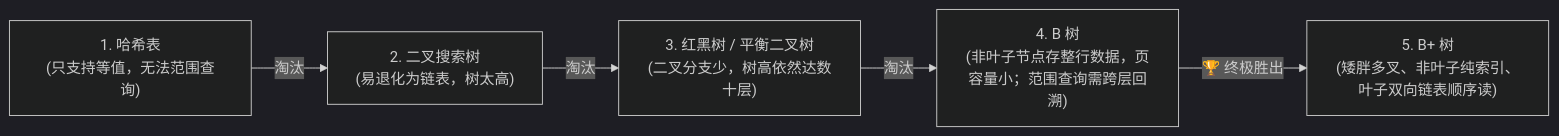
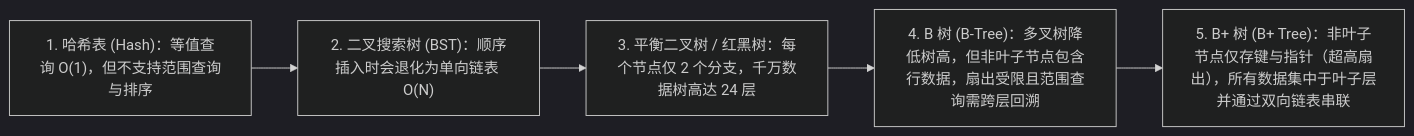
One commit to GuoWWWX/knowledge-base changed the second of 6 diagrams in 20-Java后端/05-数据库与存储/01-MySQL索引原理-B+树.md. Above: the diagram before and after it, drawn with Mermaid (dark theme). The commit also changed other lines of this file and 251 other files, not shown here.

````diff
--- a/20-Java后端/05-数据库与存储/01-MySQL索引原理-B+树.md
+++ b/20-Java后端/05-数据库与存储/01-MySQL索引原理-B+树.md
@@ -48,7 +48,7 @@
 ```mermaid
 flowchart LR
-    Hash["1. 哈希表<br/>(只支持等值，无法范围查询)"] -->|淘汰| BST["2. 二叉搜索树<br/>(易退化为链表，树太高)"]
-    BST -->|淘汰| AVL["3. 红黑树 / 平衡二叉树<br/>(二叉分支少，树高依然达数十层)"]
-    AVL -->|淘汰| BTree["4. B 树<br/>(非叶子节点存整行数据，页容量小；范围查询需跨层回溯)"]
-    BTree -->|🏆 终极胜出| BPlus["5. B+ 树<br/>(矮胖多叉、非叶子纯索引、叶子双向链表顺序读)"]
+    Hash["1. 哈希表 (Hash)：等值查询 O(1)，但不支持范围查询与排序"] --> BST["2. 二叉搜索树 (BST)：顺序插入时会退化为单向链表 O(N)"]
+    BST --> AVL["3. 平衡二叉树 / 红黑树：每个节点仅 2 个分支，千万数据树高达 24 层"]
+    AVL --> BTree["4. B 树 (B-Tree)：多叉树降低树高，但非叶子节点包含行数据，扇出受限且范围查询需跨层回溯"]
+    BTree --> BPlus["5. B+ 树 (B+ Tree)：非叶子节点仅存键与指针（超高扇出），所有数据集中于叶子层并通过双向链表串联"]
 ```
````
